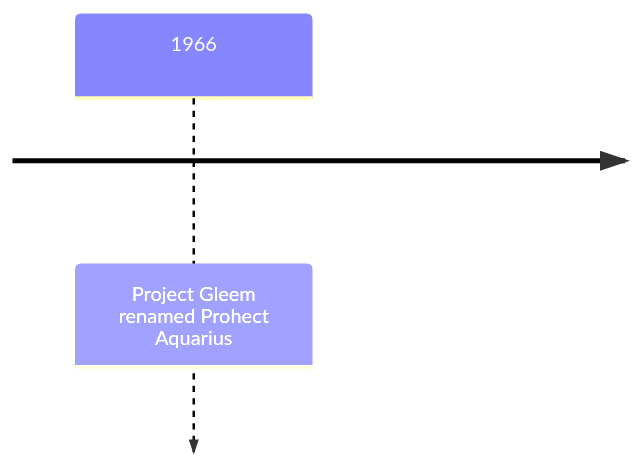
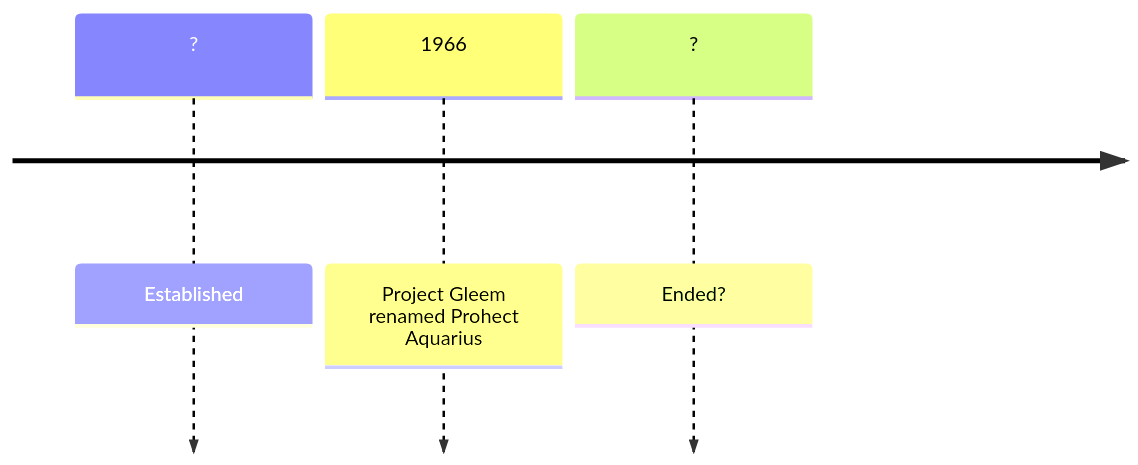
Before and after one commit to Black-Star-Institute/blackstar.github.io: the diagram in docs/projects/aquarius.md, drawn with Mermaid. The commit also changed other lines of this file, not shown here.

````diff
--- a/docs/projects/aquarius.md
+++ b/docs/projects/aquarius.md
@@ -12,4 +12,6 @@
 ```mermaid
 timeline
+    ? : Established
     1966 : Project Gleem renamed Prohect Aquarius
+    ? : Ended?
 ```
````
